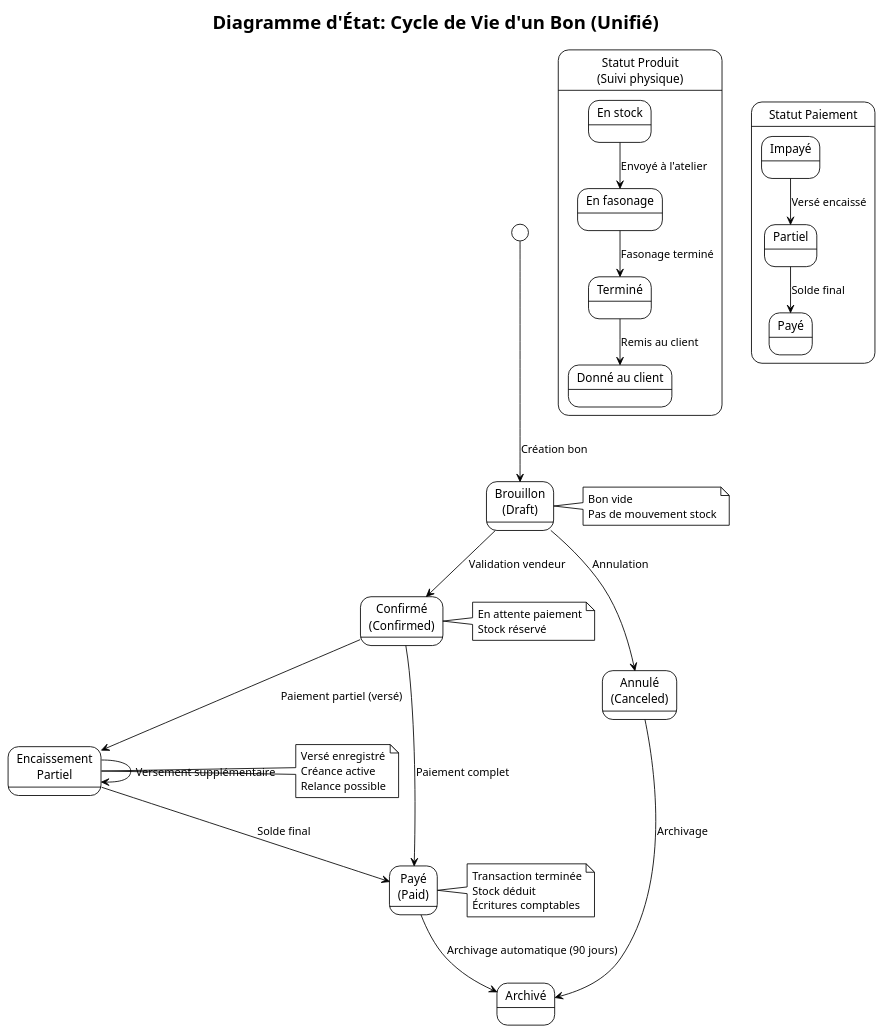
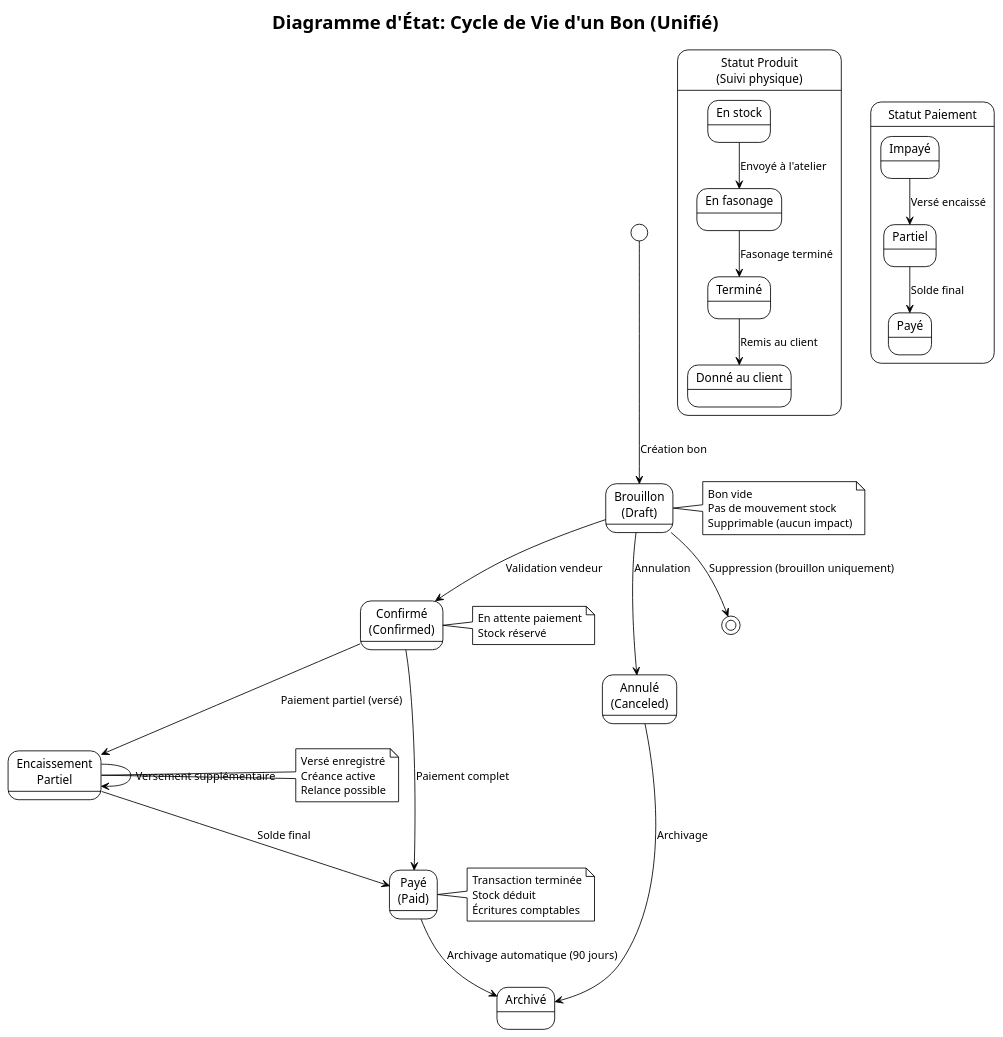
The diagram in docs/diagrams/state_bon_lifecycle.puml (DawdBe/odoo-jawlery), drawn with PlantUML before and after one commit. The commit also changed 19 other files, not shown here.

```diff
--- a/docs/diagrams/state_bon_lifecycle.puml
+++ b/docs/diagrams/state_bon_lifecycle.puml
@@ -1,66 +1,68 @@
 @startuml
 !theme plain
 title "Diagramme d'État: Cycle de Vie d'un Bon (Unifié)"
 
 state "Brouillon\n(Draft)" as DRAFT
 state "Confirmé\n(Confirmed)" as CONFIRMED
 state "Encaissement\nPartiel" as PARTIAL
 state "Payé\n(Paid)" as PAID
 state "Annulé\n(Canceled)" as CANCELED
 state "Archivé" as ARCHIVED
 
 [*] --> DRAFT : Création bon
 DRAFT --> CONFIRMED : Validation vendeur
 DRAFT --> CANCELED : Annulation
+DRAFT --> [*] : Suppression (brouillon uniquement)
 
 CONFIRMED --> PARTIAL : Paiement partiel (versé)
 CONFIRMED --> PAID : Paiement complet
 
 PARTIAL --> PARTIAL : Versement supplémentaire
 PARTIAL --> PAID : Solde final
 
 PAID --> ARCHIVED : Archivage automatique (90 jours)
 CANCELED --> ARCHIVED : Archivage
 
 note right of DRAFT
   Bon vide
   Pas de mouvement stock
+  Supprimable (aucun impact)
 end note
 
 note right of CONFIRMED
   En attente paiement
   Stock réservé
 end note
 
 note right of PARTIAL
   Versé enregistré
   Créance active
   Relance possible
 end note
 
 note right of PAID
   Transaction terminée
   Stock déduit
   Écritures comptables
 end note
 
 state "Statut Produit\n(Suivi physique)" as PROD_STATUS {
   state "En stock" as IN_STOCK
   state "En fasonage" as IN_FASONAGE
   state "Terminé" as DONE
   state "Donné au client" as GIVEN
 }
 
 state "Statut Paiement" as PAY_STATUS {
   state "Impayé" as UNPAID
   state "Partiel" as PART
   state "Payé" as PAID2
 }
 
 IN_STOCK --> IN_FASONAGE : Envoyé à l'atelier
 IN_FASONAGE --> DONE : Fasonage terminé
 DONE --> GIVEN : Remis au client
 
 UNPAID --> PART : Versé encaissé
 PART --> PAID2 : Solde final
 @enduml
```
